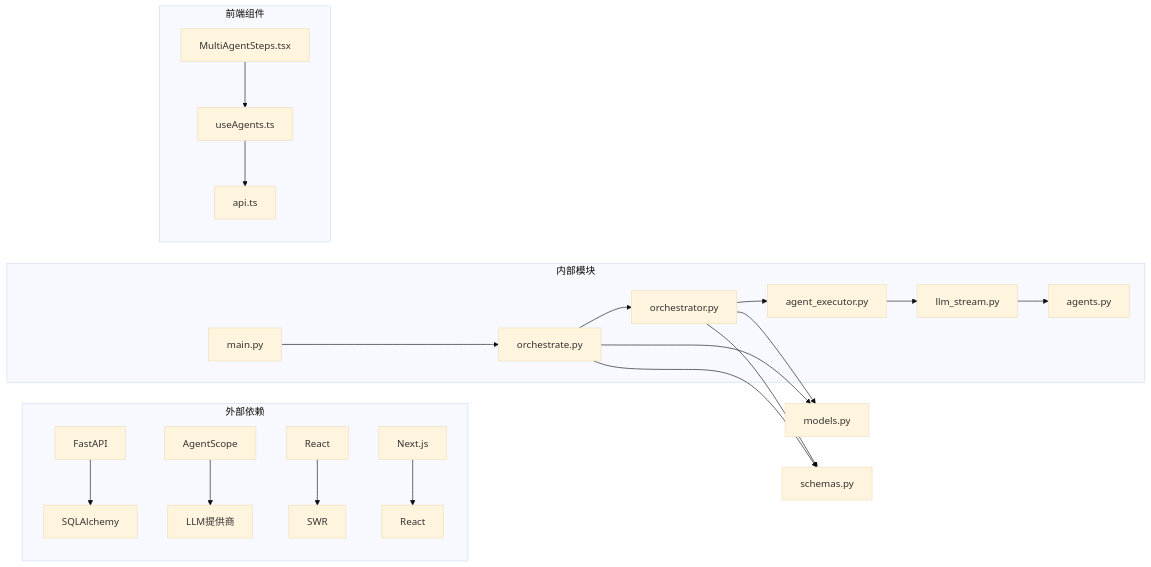
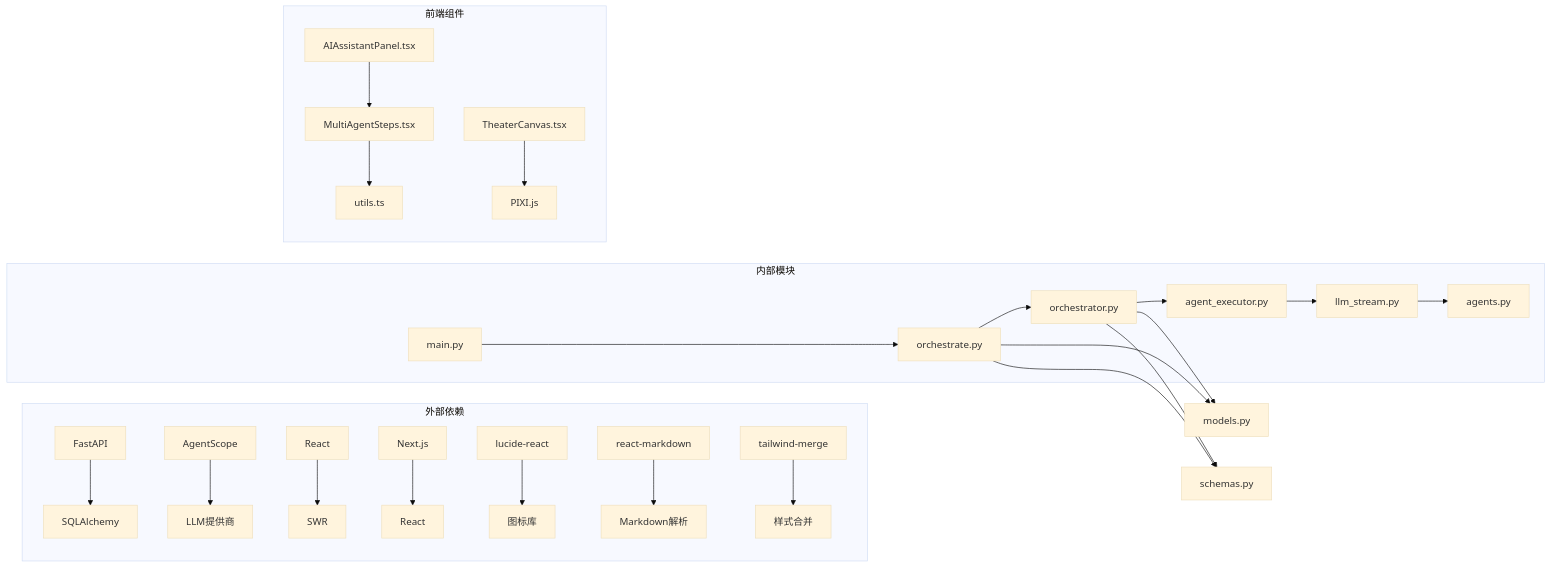
One commit to KunLabAI/KunFlix changed the eighth of 8 diagrams in .qoder/repowiki/zh/content/后台管理系统/多智能体步骤显示.md. Above: the diagram before and after it, drawn with Mermaid (base theme). The commit also changed other lines of this file and 29 other files, not shown here.

````diff
--- a/.qoder/repowiki/zh/content/后台管理系统/多智能体步骤显示.md
+++ b/.qoder/repowiki/zh/content/后台管理系统/多智能体步骤显示.md
@@ -318,24 +384,28 @@
 ```mermaid
 graph LR
 subgraph "外部依赖"
 A[FastAPI] --> B[SQLAlchemy]
 C[AgentScope] --> D[LLM提供商]
 E[React] --> F[SWR]
 G[Next.js] --> H[React]
+I[lucide-react] --> J[图标库]
+K[react-markdown] --> L[Markdown解析]
+M[tailwind-merge] --> N[样式合并]
 end
 subgraph "内部模块"
-I[orchestrator.py] --> J[agent_executor.py]
-J --> K[llm_stream.py]
-K --> L[agents.py]
-M[orchestrate.py] --> I
-N[main.py] --> M
+O[orchestrator.py] --> P[agent_executor.py]
+P --> Q[llm_stream.py]
+Q --> R[agents.py]
+S[orchestrate.py] --> O
+T[main.py] --> S
 end
 subgraph "前端组件"
-O[MultiAgentSteps.tsx] --> P[useAgents.ts]
-P --> Q[api.ts]
+U[MultiAgentSteps.tsx] --> V[utils.ts]
+W[AIAssistantPanel.tsx] --> U
+X[TheaterCanvas.tsx] --> Y[PIXI.js]
 end
-I --> R[models.py]
-I --> S[schemas.py]
-M --> R
-M --> S
+O --> Z[models.py]
+O --> AA[schemas.py]
+S --> Z
+S --> AA
 ```
````
